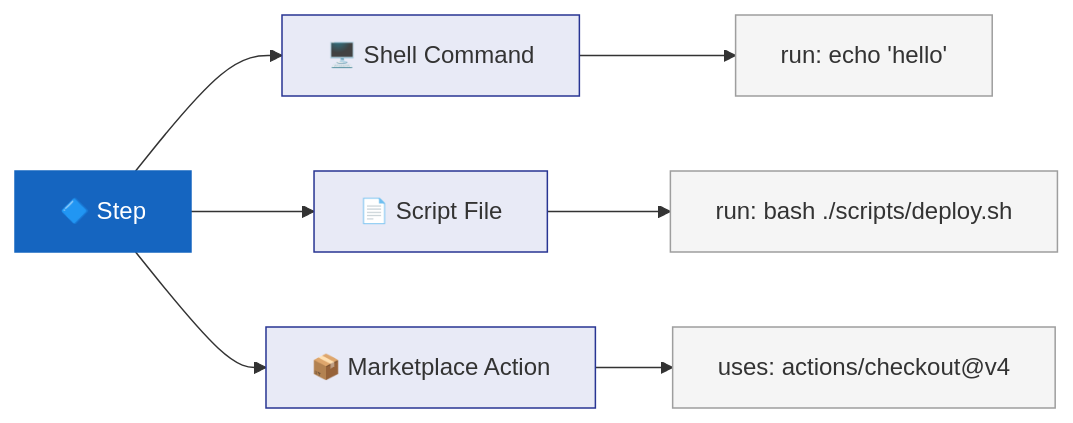
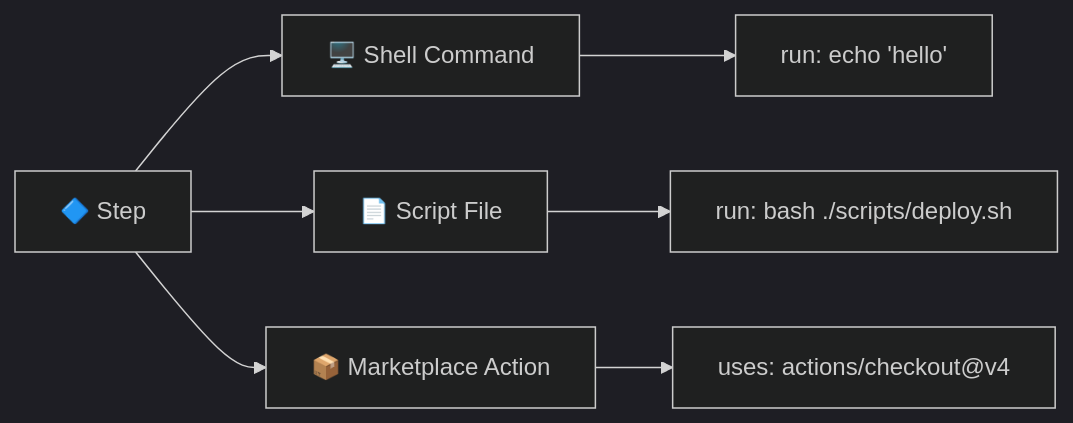
One commit to vishutyagi0210/github-ci-cd-with-labs changed the first of 4 diagrams in 02-step-types/README.md. Above: the diagram before and after it, drawn with Mermaid. The commit also changed other lines of this file and 13 other files, not shown here.

Commit message:
fix: switch all mermaid diagrams to dark theme for better readability

````diff
--- a/02-step-types/README.md
+++ b/02-step-types/README.md
@@ -9,18 +9,12 @@
 ```mermaid
+%%{init: {"theme": "dark"}}%%
 graph LR
     STEP["🔷 Step"] --> T1["🖥️ Shell Command"]
     STEP --> T2["📄 Script File"]
     STEP --> T3["📦 Marketplace Action"]
 
     T1 --> E1["run: echo 'hello'"]
     T2 --> E2["run: bash ./scripts/deploy.sh"]
     T3 --> E3["uses: actions/checkout@v4"]
 
-    style STEP fill:#1565c0,stroke:#1565c0,color:#fff
-    style T1 fill:#e8eaf6,stroke:#283593
-    style T2 fill:#e8eaf6,stroke:#283593
-    style T3 fill:#e8eaf6,stroke:#283593
-    style E1 fill:#f5f5f5,stroke:#9e9e9e
-    style E2 fill:#f5f5f5,stroke:#9e9e9e
-    style E3 fill:#f5f5f5,stroke:#9e9e9e
 ```
````
